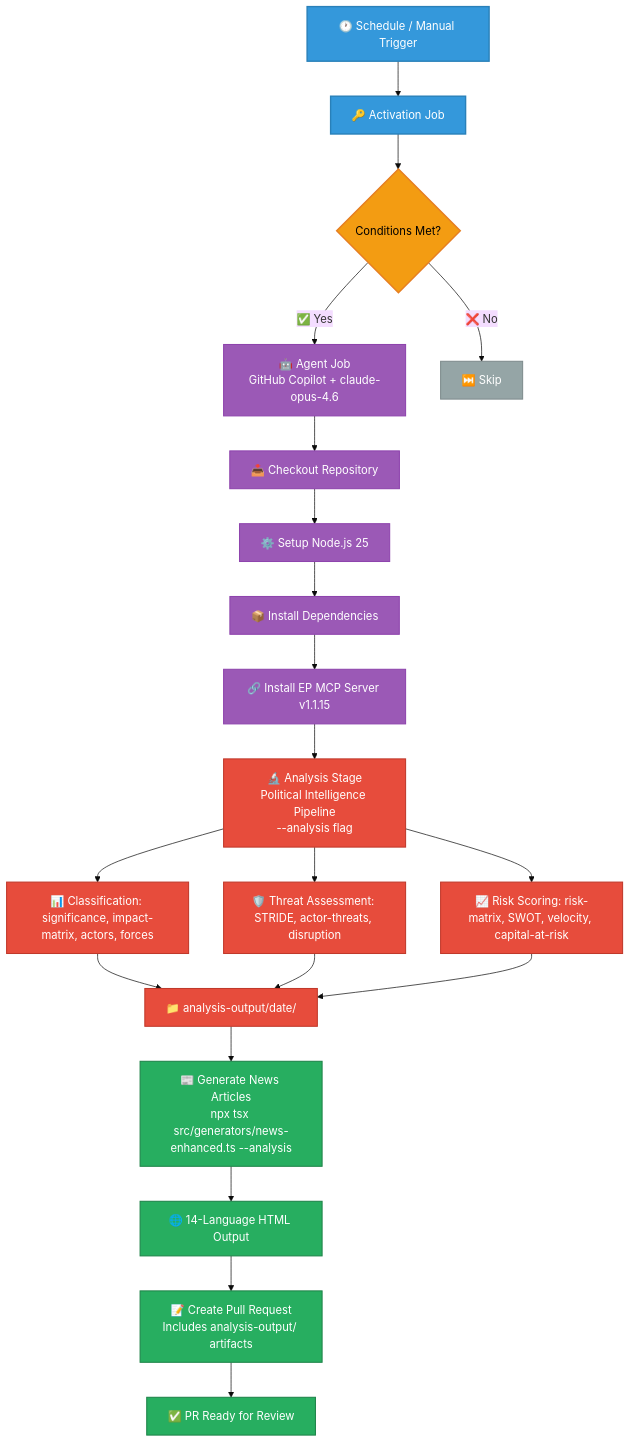
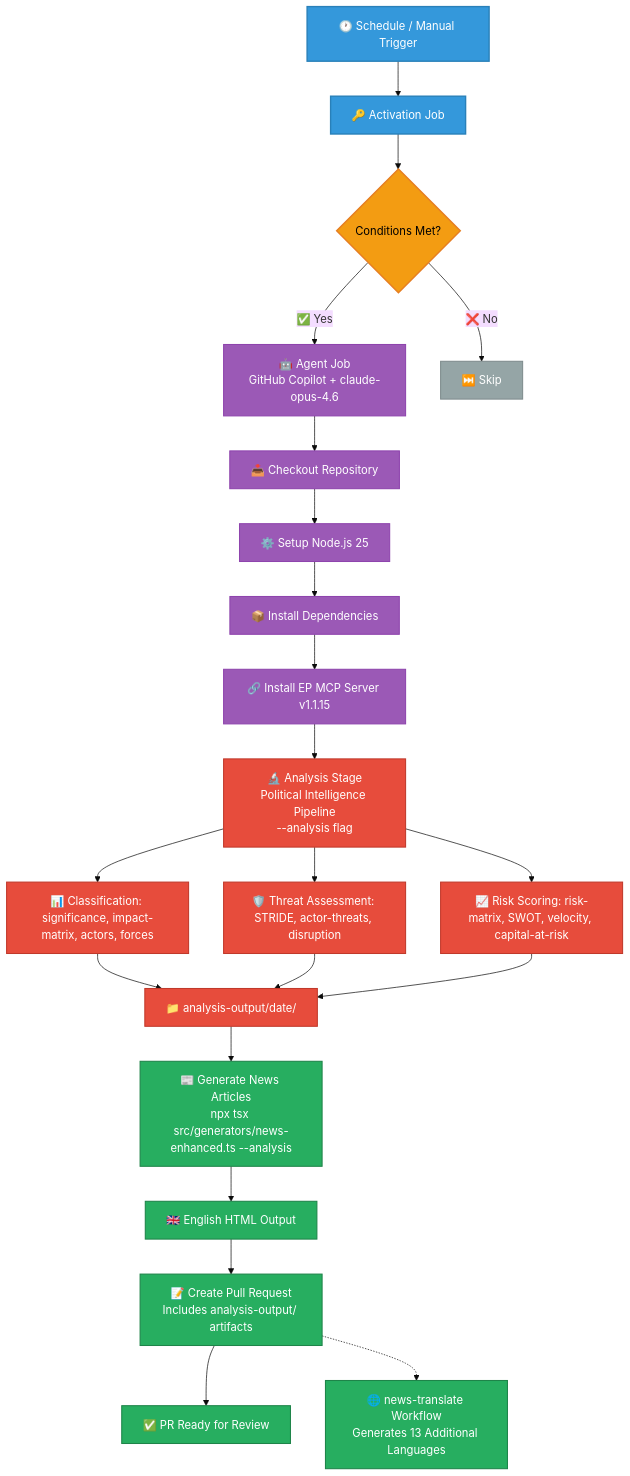
Before and after one commit to Hack23/euparliamentmonitor: the third of 16 diagrams in WORKFLOWS.md, drawn with Mermaid (base theme). The commit also changed other lines of this file and 1 other file, not shown here.

First line of the commit message:
fix: correct workflow counts (12 standard, 10 agentic) and clarify translation flow

````diff
--- a/WORKFLOWS.md
+++ b/WORKFLOWS.md
@@ -245,36 +245,37 @@
 ```mermaid
 graph TD
     A[🕐 Schedule / Manual Trigger] --> B[🔑 Activation Job]
     B --> C{Conditions Met?}
     C -->|✅ Yes| D[🤖 Agent Job<br/>GitHub Copilot + claude-opus-4.6]
     C -->|❌ No| E[⏭️ Skip]
     D --> F[📥 Checkout Repository]
     F --> G[⚙️ Setup Node.js 25]
     G --> H[📦 Install Dependencies]
     H --> I[🔗 Install EP MCP Server v1.1.15]
     I --> J1[🔬 Analysis Stage<br/>Political Intelligence Pipeline<br/>--analysis flag]
     J1 --> J1a[📊 Classification: significance, impact-matrix, actors, forces]
     J1 --> J1b[🛡️ Threat Assessment: STRIDE, actor-threats, disruption]
     J1 --> J1c[📈 Risk Scoring: risk-matrix, SWOT, velocity, capital-at-risk]
     J1a --> J1d[📁 analysis-output/date/]
     J1b --> J1d
     J1c --> J1d
     J1d --> J[📰 Generate News Articles<br/>npx tsx src/generators/news-enhanced.ts --analysis]
-    J --> K[🌐 14-Language HTML Output]
+    J --> K[🇬🇧 English HTML Output]
     K --> L[📝 Create Pull Request<br/>Includes analysis-output/ artifacts]
     L --> M[✅ PR Ready for Review]
+    L -.-> N[🌐 news-translate Workflow<br/>Generates 13 Additional Languages]
 
     classDef trigger fill:#3498db,stroke:#2980b9,stroke-width:2px,color:white
     classDef process fill:#9b59b6,stroke:#8e44ad,stroke-width:1.5px,color:white
     classDef decision fill:#f39c12,stroke:#e67e22,stroke-width:2px,color:black
     classDef skip fill:#95a5a6,stroke:#7f8c8d,stroke-width:1.5px,color:white
     classDef analysis fill:#e74c3c,stroke:#c0392b,stroke-width:1.5px,color:white
     classDef output fill:#27ae60,stroke:#1e8449,stroke-width:1.5px,color:white
 
     class A,B trigger
     class D,F,G,H,I process
     class C decision
     class E skip
     class J1,J1a,J1b,J1c,J1d analysis
-    class J,K,L,M output
+    class J,K,L,M,N output
 ```
````
